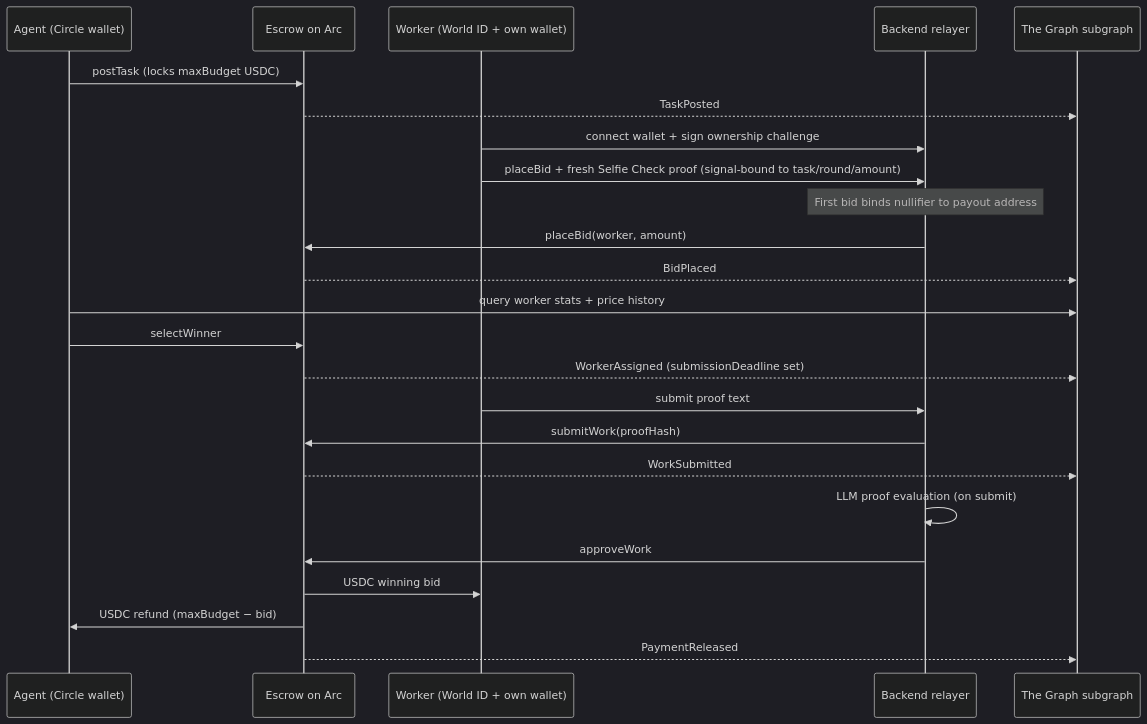
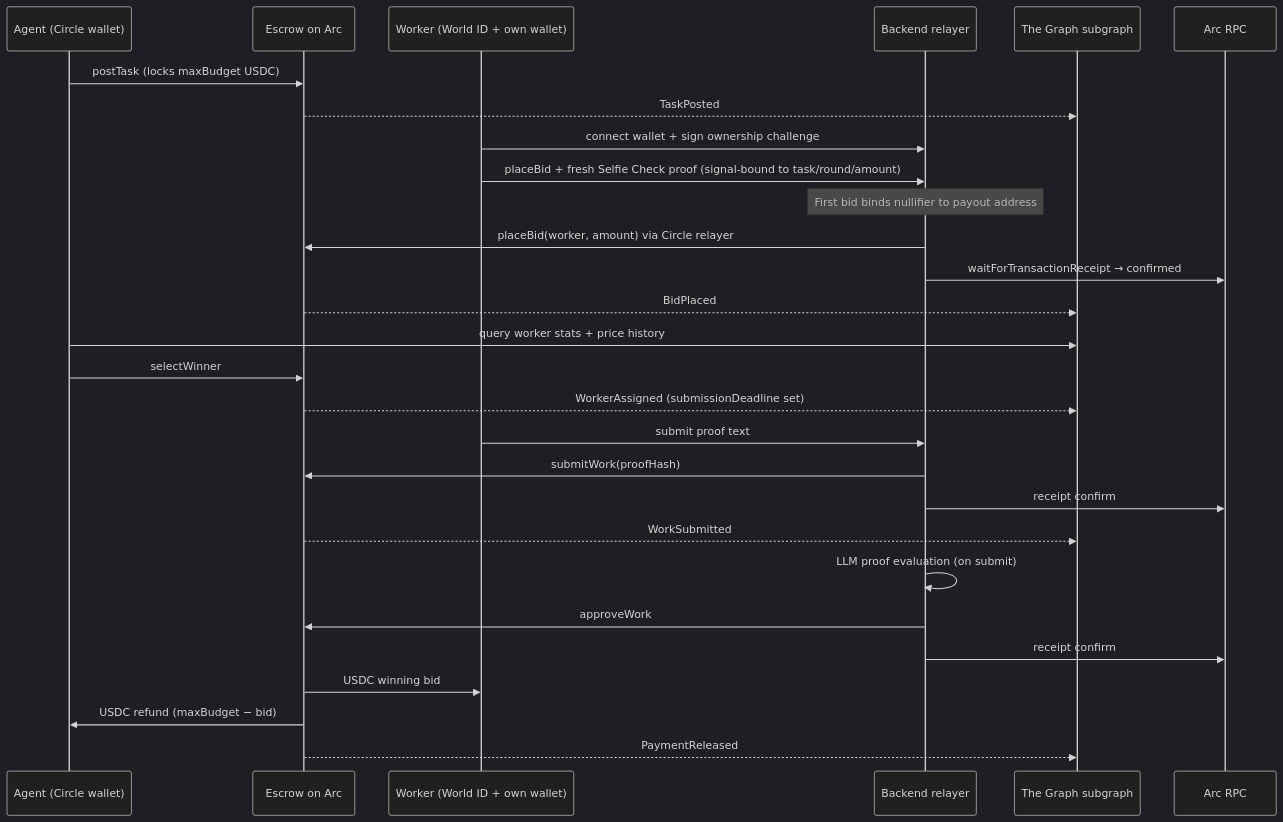
One commit to Anoop072001/levantate-bridge changed the second of 2 diagrams in docs/architecture.md. Above: the diagram before and after it, drawn with Mermaid (dark theme). The commit also changed other lines of this file and 5 other files, not shown here.

````diff
--- a/docs/architecture.md
+++ b/docs/architecture.md
@@ -60,27 +70,31 @@
 ```mermaid
 sequenceDiagram
   participant A as Agent (Circle wallet)
   participant E as Escrow on Arc
   participant W as Worker (World ID + own wallet)
   participant B as Backend relayer
   participant G as The Graph subgraph
+  participant R as Arc RPC
 
   A->>E: postTask (locks maxBudget USDC)
   E-->>G: TaskPosted
   W->>B: connect wallet + sign ownership challenge
   W->>B: placeBid + fresh Selfie Check proof (signal-bound to task/round/amount)
   Note over B: First bid binds nullifier to payout address
-  B->>E: placeBid(worker, amount)
+  B->>E: placeBid(worker, amount) via Circle relayer
+  B->>R: waitForTransactionReceipt → confirmed
   E-->>G: BidPlaced
   A->>G: query worker stats + price history
   A->>E: selectWinner
   E-->>G: WorkerAssigned (submissionDeadline set)
   W->>B: submit proof text
   B->>E: submitWork(proofHash)
+  B->>R: receipt confirm
   E-->>G: WorkSubmitted
   B->>B: LLM proof evaluation (on submit)
   B->>E: approveWork
+  B->>R: receipt confirm
   E->>W: USDC winning bid
   E->>A: USDC refund (maxBudget − bid)
   E-->>G: PaymentReleased
 ```
````
